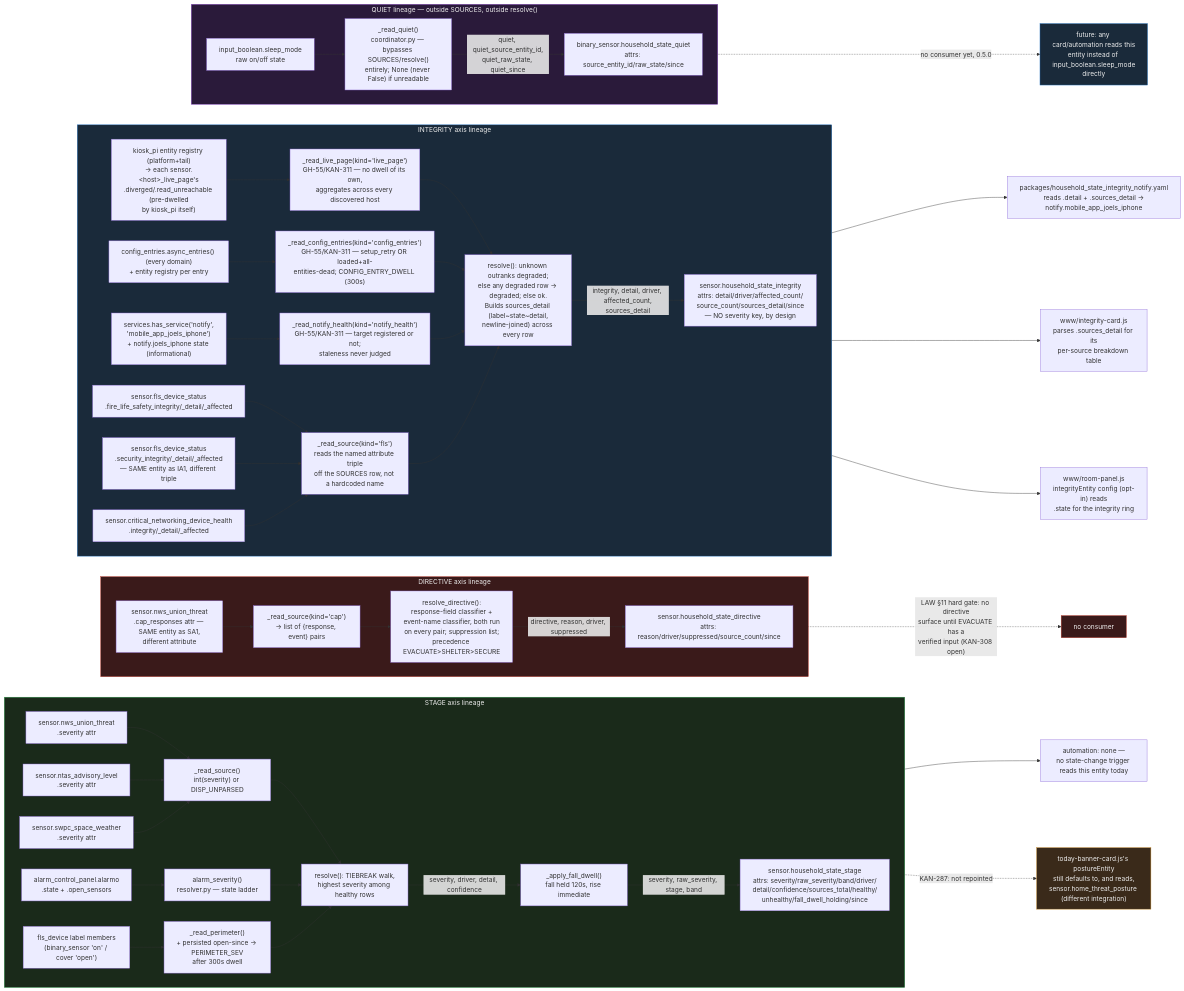
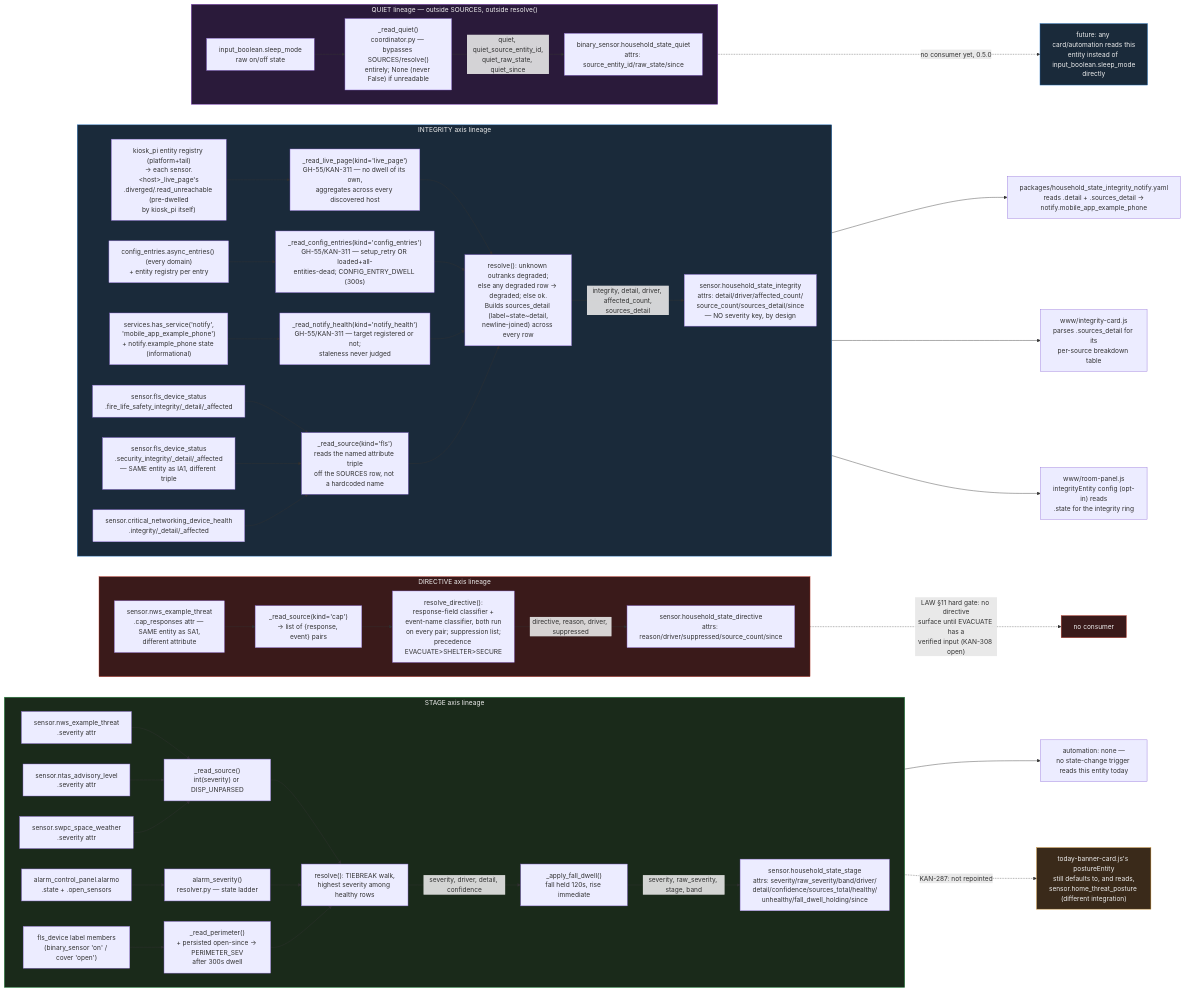
One commit to jrackerby/household-state changed the diagram in docs/household_state_data_flow.md. Above: the diagram before and after it, drawn with Mermaid. The commit also changed other lines of this file and 15 other files, not shown here.

````diff
--- a/docs/household_state_data_flow.md
+++ b/docs/household_state_data_flow.md
@@ -35,65 +35,65 @@
 ```mermaid
 flowchart LR
     subgraph STAGE_LINE["STAGE axis lineage"]
         direction LR
-        SA1["sensor.nws_union_threat<br/>.severity attr"] --> SF1["_read_source()<br/>int(severity) or DISP_UNPARSED"]
+        SA1["sensor.nws_example_threat<br/>.severity attr"] --> SF1["_read_source()<br/>int(severity) or DISP_UNPARSED"]
         SA2["sensor.ntas_advisory_level<br/>.severity attr"] --> SF1
         SA3["sensor.swpc_space_weather<br/>.severity attr"] --> SF1
         SA4["alarm_control_panel.alarmo<br/>.state + .open_sensors"] --> SF2["alarm_severity()<br/>resolver.py — state ladder"]
         SA5["fls_device label members<br/>(binary_sensor 'on' / cover 'open')"] --> SF3["_read_perimeter()<br/>+ persisted open-since -> PERIMETER_SEV<br/>after 300s dwell"]
 
         SF1 --> RES1["resolve(): TIEBREAK walk,<br/>highest severity among healthy rows"]
         SF2 --> RES1
         SF3 --> RES1
 
         RES1 -->|"severity, driver, detail, confidence"| DW["_apply_fall_dwell()<br/>fall held 120s, rise immediate"]
         DW -->|"severity, raw_severity, stage, band"| SEO["sensor.household_state_stage<br/>attrs: severity/raw_severity/band/driver/<br/>detail/confidence/sources_total/healthy/<br/>unhealthy/fall_dwell_holding/since"]
     end
 
     subgraph DIR_LINE["DIRECTIVE axis lineage"]
         direction LR
-        DA1["sensor.nws_union_threat<br/>.cap_responses attr — SAME entity as SA1,<br/>different attribute"] --> DF1["_read_source(kind='cap')<br/>-> list of {response, event} pairs"]
+        DA1["sensor.nws_example_threat<br/>.cap_responses attr — SAME entity as SA1,<br/>different attribute"] --> DF1["_read_source(kind='cap')<br/>-> list of {response, event} pairs"]
         DF1 --> RES2["resolve_directive():<br/>response-field classifier +<br/>event-name classifier, both run<br/>on every pair; suppression list;<br/>precedence EVACUATE>SHELTER>SECURE"]
         RES2 -->|"directive, reason, driver, suppressed"| DEO["sensor.household_state_directive<br/>attrs: reason/driver/suppressed/source_count/since"]
     end
 
     subgraph INTEG_LINE["INTEGRITY axis lineage"]
         direction LR
         IA1["sensor.fls_device_status<br/>.fire_life_safety_integrity/_detail/_affected"] --> IF1["_read_source(kind='fls')<br/>reads the named attribute triple<br/>off the SOURCES row, not a hardcoded name"]
         IA2["sensor.fls_device_status<br/>.security_integrity/_detail/_affected<br/>— SAME entity as IA1, different triple"] --> IF1
         IA3["sensor.critical_networking_device_health<br/>.integrity/_detail/_affected"] --> IF1
         IA4["kiosk_pi entity registry (platform+tail)<br/>-> each sensor.&lt;host&gt;_live_page's<br/>.diverged/.read_unreachable (pre-dwelled<br/>by kiosk_pi itself)"] --> IF4["_read_live_page(kind='live_page')<br/>GH-55/KAN-311 — no dwell of its own,<br/>aggregates across every discovered host"]
         IA5["config_entries.async_entries() (every domain)<br/>+ entity registry per entry"] --> IF5["_read_config_entries(kind='config_entries')<br/>GH-55/KAN-311 — setup_retry OR loaded+all-<br/>entities-dead; CONFIG_ENTRY_DWELL (300s)"]
-        IA6["services.has_service('notify',<br/>'mobile_app_joels_iphone')<br/>+ notify.joels_iphone state (informational)"] --> IF6["_read_notify_health(kind='notify_health')<br/>GH-55/KAN-311 — target registered or not;<br/>staleness never judged"]
+        IA6["services.has_service('notify',<br/>'mobile_app_example_phone')<br/>+ notify.example_phone state (informational)"] --> IF6["_read_notify_health(kind='notify_health')<br/>GH-55/KAN-311 — target registered or not;<br/>staleness never judged"]
         IF4 --> RES3
         IF5 --> RES3
         IF6 --> RES3
         IF1 --> RES3["resolve(): unknown outranks degraded;<br/>else any degraded row -> degraded; else ok.<br/>Builds sources_detail (label~state~detail,<br/>newline-joined) across every row"]
         RES3 -->|"integrity, detail, driver, affected_count,<br/>sources_detail"| IEO["sensor.household_state_integrity<br/>attrs: detail/driver/affected_count/<br/>source_count/sources_detail/since<br/>— NO severity key, by design"]
     end
 
     subgraph QUIET_LINE["QUIET lineage — outside SOURCES, outside resolve()"]
         direction LR
         QA1["input_boolean.sleep_mode<br/>raw on/off state"] --> QF1["_read_quiet()<br/>coordinator.py — bypasses SOURCES/resolve()<br/>entirely; None (never False) if unreadable"]
         QF1 -->|"quiet, quiet_source_entity_id,<br/>quiet_raw_state, quiet_since"| QEO["binary_sensor.household_state_quiet<br/>attrs: source_entity_id/raw_state/since"]
     end
 
     SEO --> C1["automation: none —<br/>no state-change trigger reads this entity today"]
     SEO -.->|"KAN-287: not repointed"| C2["today-banner-card.js's postureEntity<br/>still defaults to, and reads,<br/>sensor.home_threat_posture (different integration)"]
 
     DEO -.->|"LAW §11 hard gate: no directive<br/>surface until EVACUATE has a<br/>verified input (KAN-308 open)"| C3["no consumer"]
 
-    IEO --> C4["packages/household_state_integrity_notify.yaml<br/>reads .detail + .sources_detail -><br/>notify.mobile_app_joels_iphone"]
+    IEO --> C4["packages/household_state_integrity_notify.yaml<br/>reads .detail + .sources_detail -><br/>notify.mobile_app_example_phone"]
     IEO --> C5["www/integrity-card.js<br/>parses .sources_detail for its<br/>per-source breakdown table"]
     IEO --> C6["www/room-panel.js<br/>integrityEntity config (opt-in) reads<br/>.state for the integrity ring"]
 
     QEO -.->|"no consumer yet, 0.5.0"| C7["future: any card/automation reads this<br/>entity instead of input_boolean.sleep_mode<br/>directly"]
 
     style STAGE_LINE fill:#1a2a1a,stroke:#2b9c4a,color:#eee
     style DIR_LINE fill:#3a1a1a,stroke:#c0392b,color:#eee
     style INTEG_LINE fill:#1a2a3a,stroke:#2b7ac9,color:#eee
     style QUIET_LINE fill:#2a1a3a,stroke:#8a4ac9,color:#eee
     style C2 fill:#3a2a1a,stroke:#c98a2b,color:#eee
     style C3 fill:#3a1a1a,stroke:#c0392b,color:#eee
     style C7 fill:#1a2a3a,stroke:#2b7ac9,color:#eee
 ```
````
